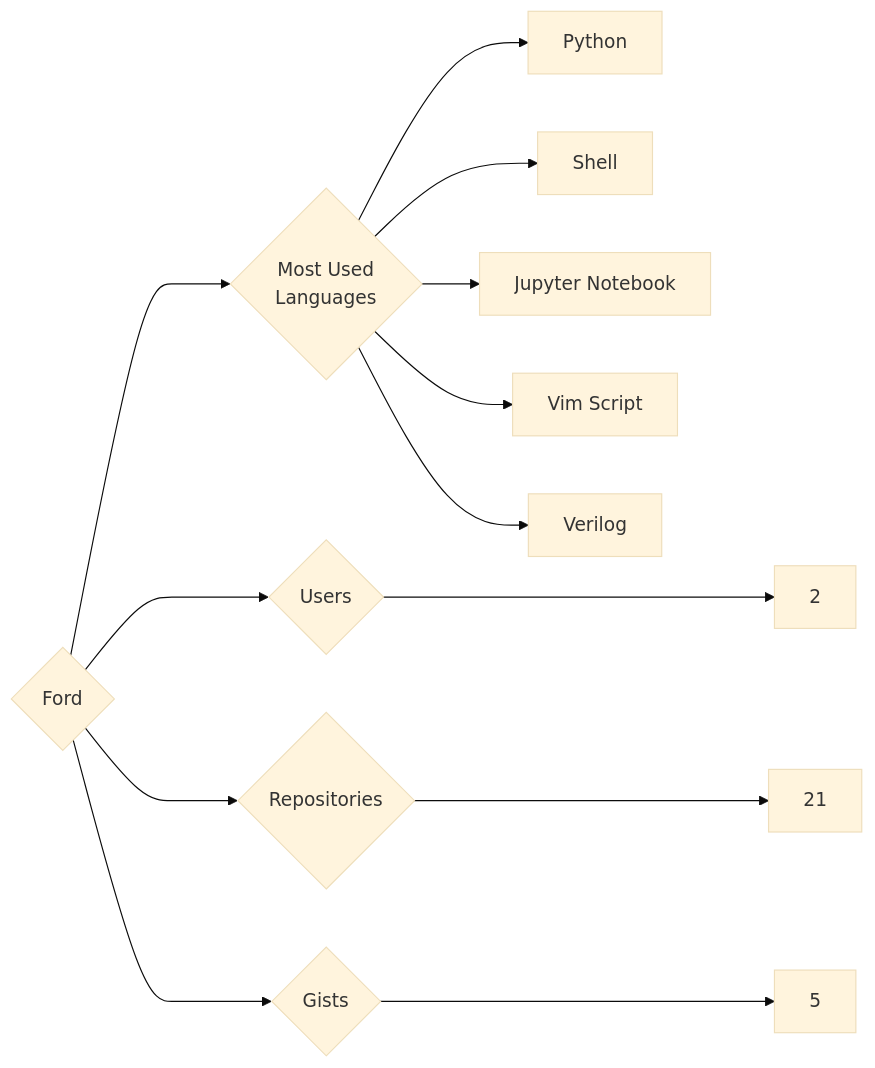
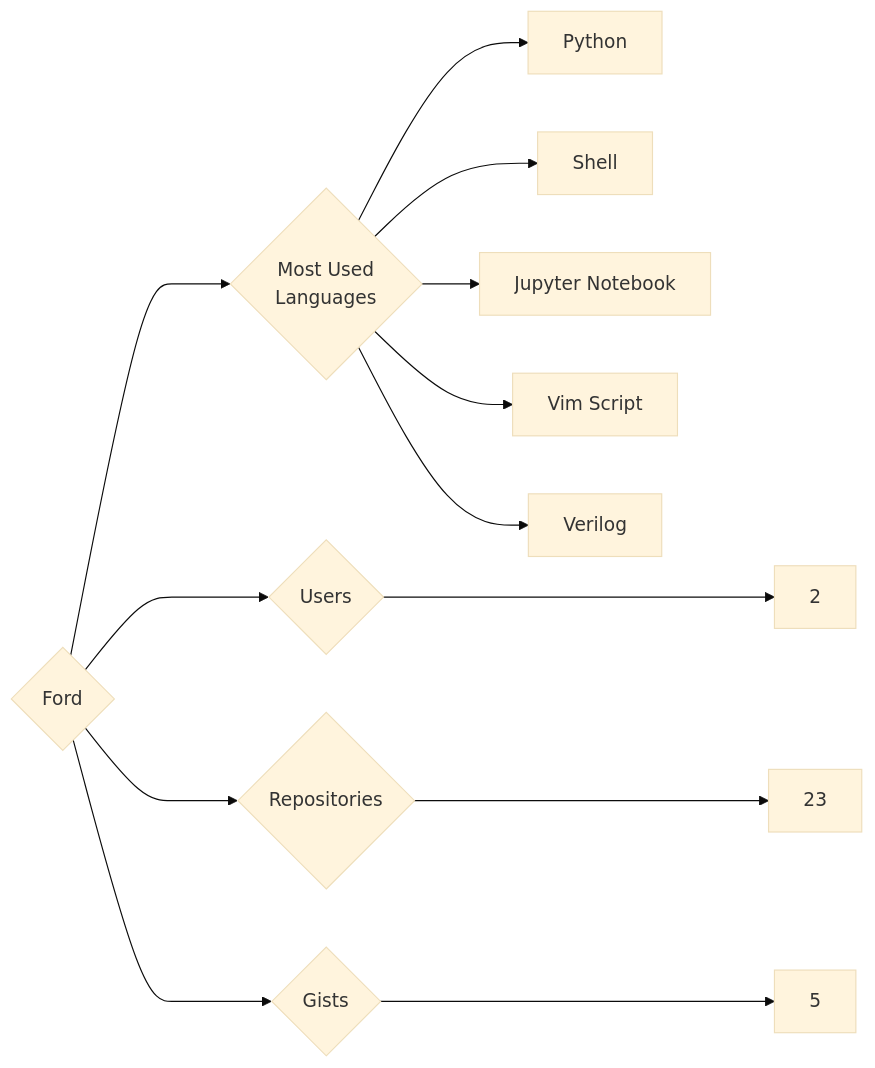
Before and after one commit to trickest/insiders: the diagram in targets/Ford/README.md, drawn with Mermaid (base theme). The commit also changed 736 other files, not shown here.

````diff
--- a/targets/Ford/README.md
+++ b/targets/Ford/README.md
@@ -3,13 +3,13 @@
 ```mermaid
 graph LR
 COMPANY_NAME{Ford}
 COMPANY_NAME ---> U{Users} ---> UN[2]
-COMPANY_NAME ---> R{Repositories} ---> RN[21]
+COMPANY_NAME ---> R{Repositories} ---> RN[23]
 COMPANY_NAME ---> G{Gists} ---> GN[5]
 COMPANY_NAME ---> ML{Most Used<br>Languages}
 ML --> Python[Python]
 ML --> Shell[Shell]
 ML --> Jupyter_Notebook[Jupyter Notebook]
 ML --> Vim_Script[Vim Script]
 ML --> Verilog[Verilog]
 ```
````
